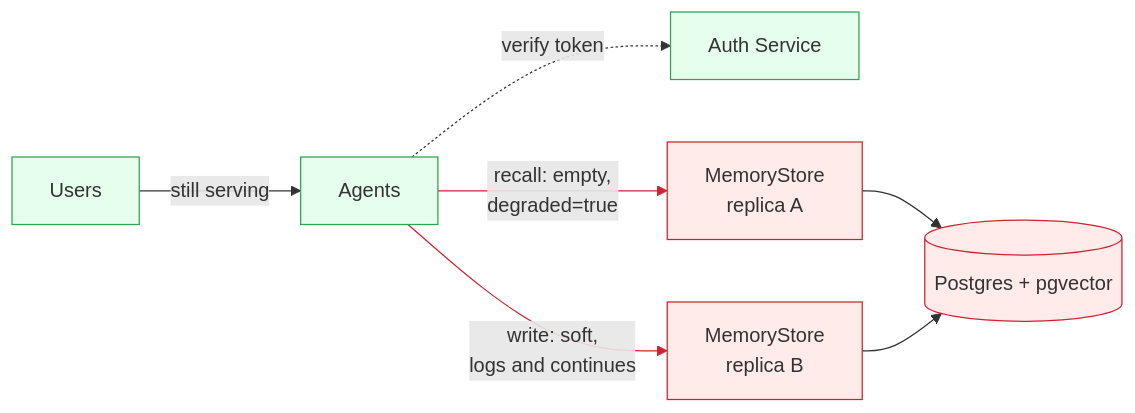
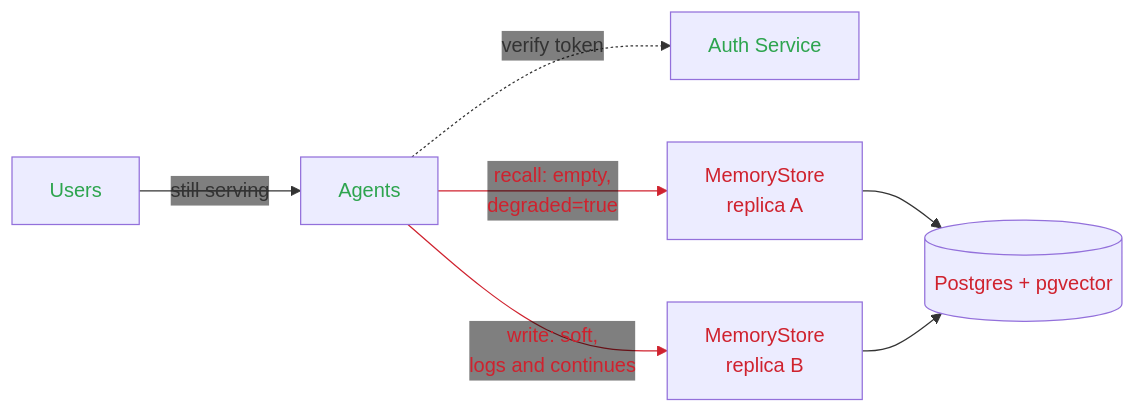
Before and after one commit to axsaucedo/kaos-adrs: the seventh of 8 diagrams in memory/blog/BLOGPOST_DRAFT_PART_3.md, drawn with Mermaid. The commit also changed other lines of this file, not shown here.

First line of the commit message:
blog(part3): failure diagrams mark state by text colour and drop edge-label boxes

````diff
--- a/memory/blog/BLOGPOST_DRAFT_PART_3.md
+++ b/memory/blog/BLOGPOST_DRAFT_PART_3.md
@@ -309,15 +312,16 @@
 ```mermaid
+%%{init: {"themeVariables": {"edgeLabelBackground": "transparent"}}}%%
 flowchart LR
   U["Users"] -->|"still serving"| A["Agents"]
   A -.->|"verify token"| AS["Auth Service"]
   A -->|"recall: empty,<br/>degraded=true"| R1["MemoryStore<br/>replica A"]
   A -->|"write: soft,<br/>logs and continues"| R2["MemoryStore<br/>replica B"]
   R1 --> PG[("Postgres + pgvector")]
   R2 --> PG
-  classDef down fill:#ffebe9,stroke:#cf222e;
-  classDef warn fill:#fff8c5,stroke:#d4a72c;
-  classDef ok fill:#e6ffed,stroke:#2da44e;
+  classDef down color:#cf222e;
+  classDef warn color:#d4a72c;
+  classDef ok color:#2da44e;
   class R1,R2,PG down;
   class U,AS,A ok;
-  linkStyle 2,3 stroke:#cf222e
+  linkStyle 2,3 stroke:#cf222e,color:#cf222e
 ```
````
